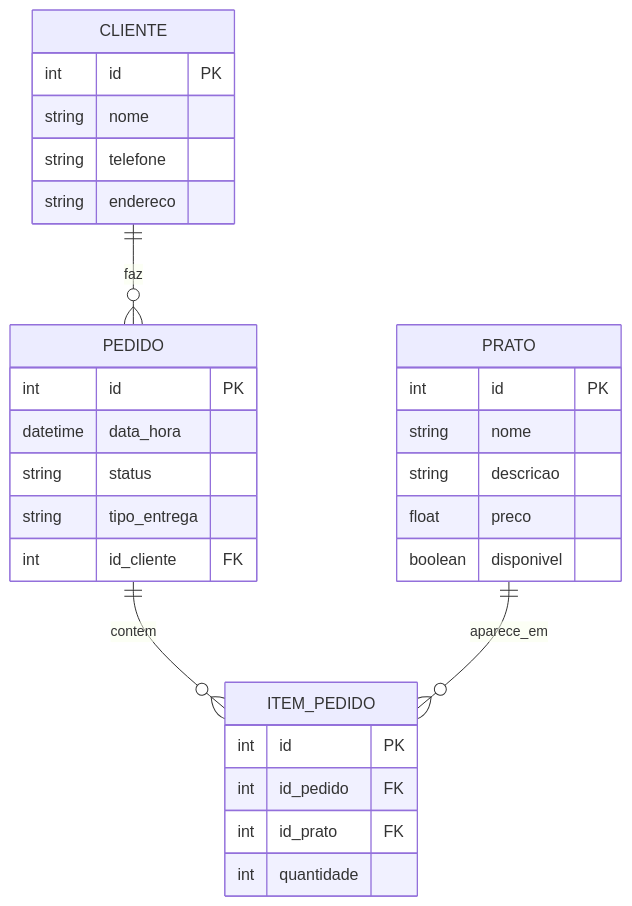
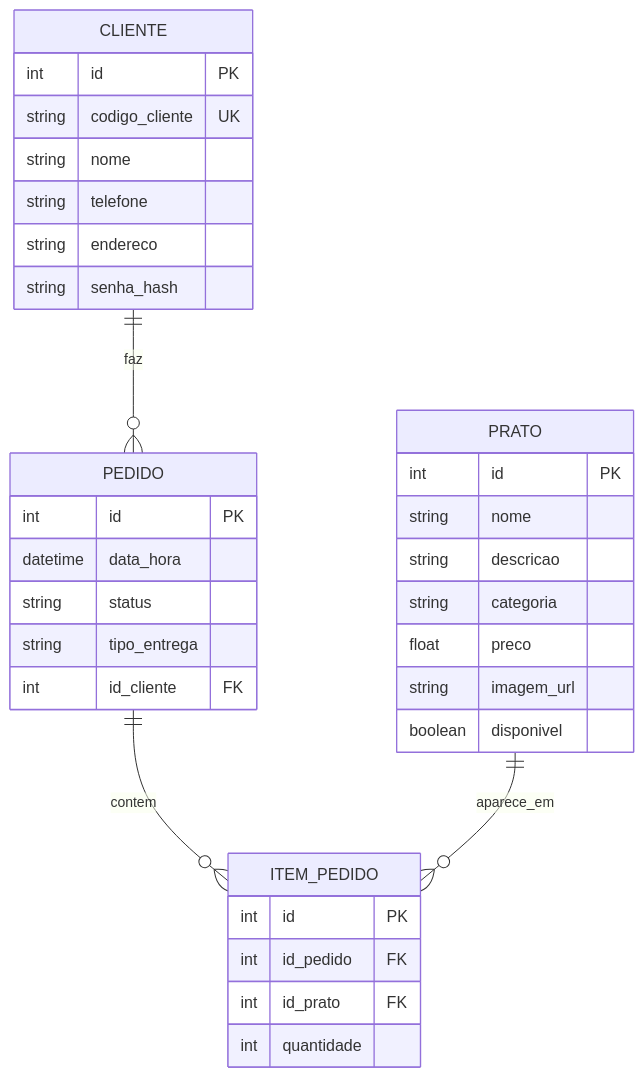
Before and after one commit to inzekwe/Online-Restaurant-Grupo-1-: the second of 2 diagrams in README.md, drawn with Mermaid. The commit also changed other lines of this file and 19 other files, not shown here.

````diff
--- a/README.md
+++ b/README.md
@@ -75,32 +88,36 @@
 ```mermaid
 erDiagram
     CLIENTE ||--o{ PEDIDO : faz
     PEDIDO ||--o{ ITEM_PEDIDO : contem
     PRATO ||--o{ ITEM_PEDIDO : aparece_em
     CLIENTE {
         int id PK
+        string codigo_cliente UK
         string nome
         string telefone
         string endereco
+        string senha_hash
     }
     PEDIDO {
         int id PK
         datetime data_hora
         string status
         string tipo_entrega
         int id_cliente FK
     }
     ITEM_PEDIDO {
         int id PK
         int id_pedido FK
         int id_prato FK
         int quantidade
     }
     PRATO {
         int id PK
         string nome
         string descricao
+        string categoria
         float preco
+        string imagem_url
         boolean disponivel
     }
 ```
````
